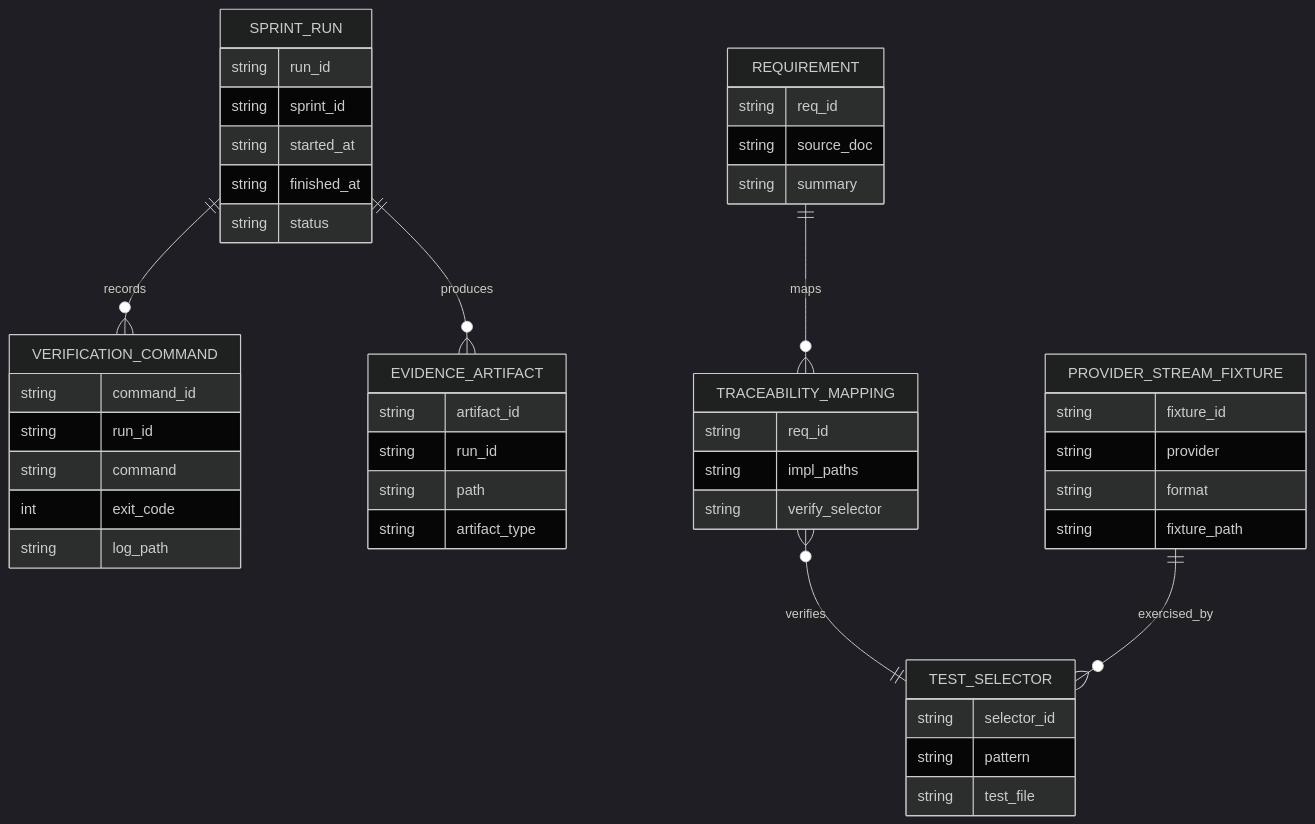
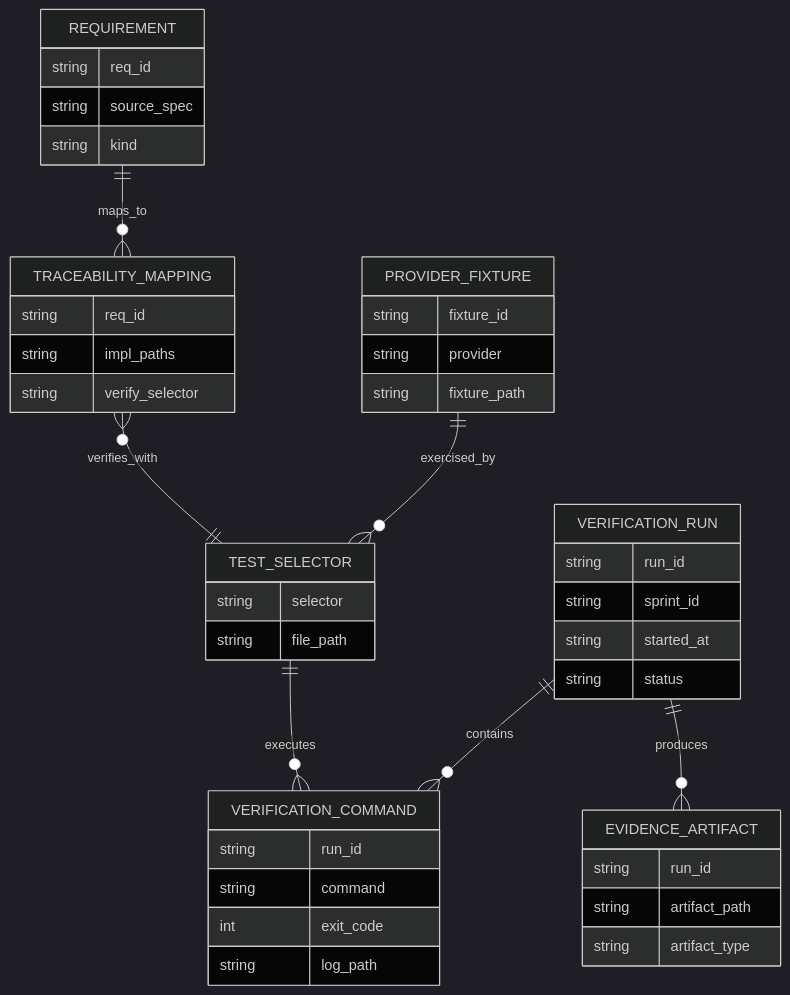
Before and after one commit to jaytaylor/attractor-tcl: the second of 5 diagrams in docs/sprints/SPRINT-005-comprehensive-implementation-plan.md, drawn with Mermaid (dark theme). The commit also changed other lines of this file, not shown here.

Commit message:
docs(sprint-005): mark comprehensive implementation plan complete with verified evidence

````diff
--- a/docs/sprints/SPRINT-005-comprehensive-implementation-plan.md
+++ b/docs/sprints/SPRINT-005-comprehensive-implementation-plan.md
@@ -577,50 +1634,46 @@
 ```mermaid
 erDiagram
-  SPRINT_RUN ||--o{ VERIFICATION_COMMAND : records
-  SPRINT_RUN ||--o{ EVIDENCE_ARTIFACT : produces
-  REQUIREMENT ||--o{ TRACEABILITY_MAPPING : maps
-  TRACEABILITY_MAPPING }o--|| TEST_SELECTOR : verifies
-  PROVIDER_STREAM_FIXTURE ||--o{ TEST_SELECTOR : exercised_by
+  REQUIREMENT ||--o{ TRACEABILITY_MAPPING : maps_to
+  TRACEABILITY_MAPPING }o--|| TEST_SELECTOR : verifies_with
+  TEST_SELECTOR ||--o{ VERIFICATION_COMMAND : executes
+  VERIFICATION_RUN ||--o{ VERIFICATION_COMMAND : contains
+  VERIFICATION_RUN ||--o{ EVIDENCE_ARTIFACT : produces
+  PROVIDER_FIXTURE ||--o{ TEST_SELECTOR : exercised_by
 
-  SPRINT_RUN {
-    string run_id
-    string sprint_id
-    string started_at
-    string finished_at
-    string status
-  }
-  VERIFICATION_COMMAND {
-    string command_id
-    string run_id
-    string command
-    int exit_code
-    string log_path
-  }
-  EVIDENCE_ARTIFACT {
-    string artifact_id
-    string run_id
-    string path
-    string artifact_type
-  }
   REQUIREMENT {
     string req_id
-    string source_doc
-    string summary
+    string source_spec
+    string kind
   }
   TRACEABILITY_MAPPING {
     string req_id
     string impl_paths
     string verify_selector
   }
   TEST_SELECTOR {
-    string selector_id
-    string pattern
-    string test_file
+    string selector
+    string file_path
   }
-  PROVIDER_STREAM_FIXTURE {
+  VERIFICATION_RUN {
+    string run_id
+    string sprint_id
+    string started_at
+    string status
+  }
+  VERIFICATION_COMMAND {
+    string run_id
+    string command
+    int exit_code
+    string log_path
+  }
+  EVIDENCE_ARTIFACT {
+    string run_id
+    string artifact_path
+    string artifact_type
+  }
+  PROVIDER_FIXTURE {
     string fixture_id
     string provider
-    string format
     string fixture_path
   }
 ```
````
